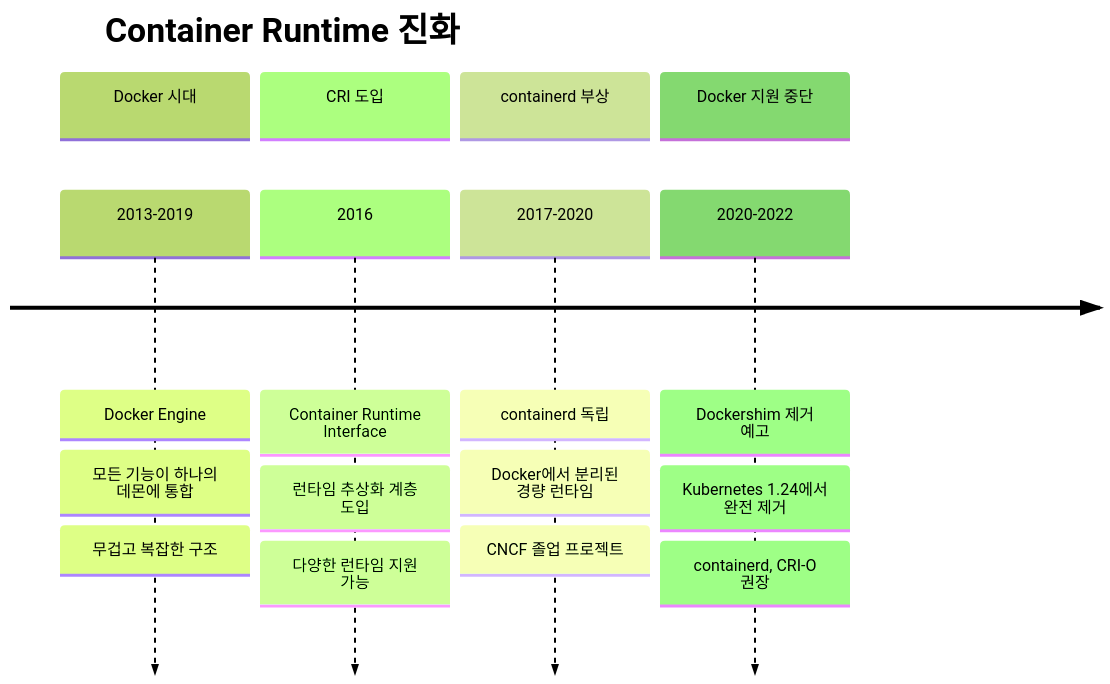
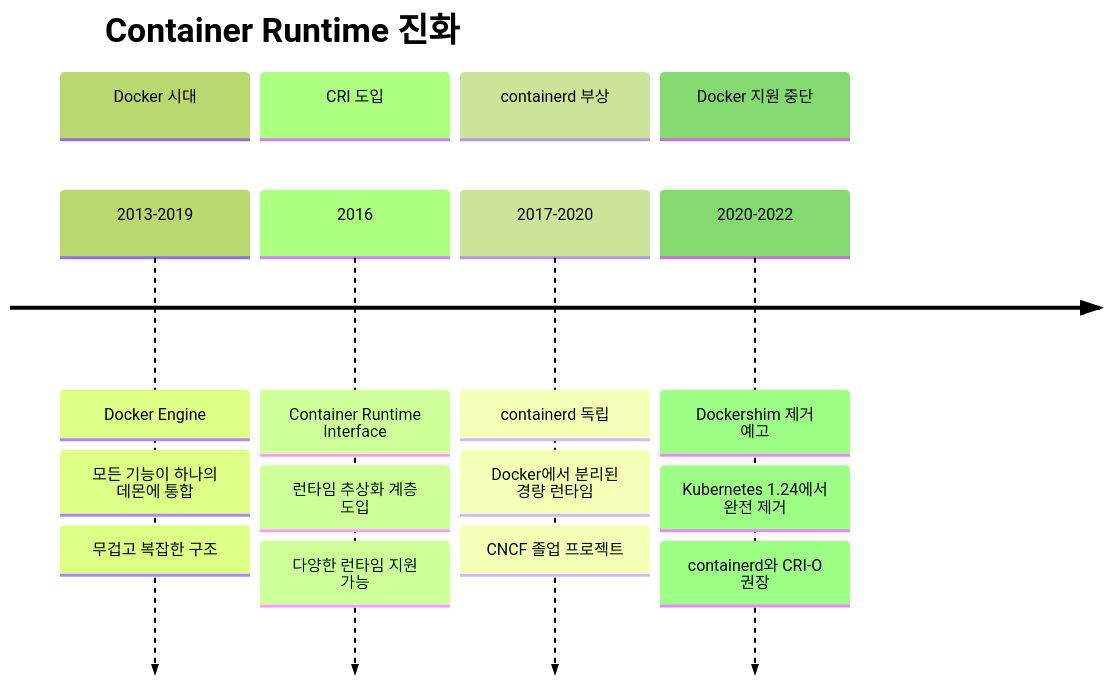
Before and after one commit to niceguy61/kdt_devops_lecture_2025: the third of 3 diagrams in theory/week_03/day1/session_1.md, drawn with Mermaid (forest theme). The commit also changed other lines of this file and 6 other files, not shown here.

````diff
--- a/theory/week_03/day1/session_1.md
+++ b/theory/week_03/day1/session_1.md
@@ -408,24 +408,24 @@
 ```mermaid
 timeline
     title Container Runtime 진화
     
     section Docker 시대
         2013-2019 : Docker Engine
                   : 모든 기능이 하나의 데몬에 통합
                   : 무겁고 복잡한 구조
     
     section CRI 도입
         2016     : Container Runtime Interface
                  : 런타임 추상화 계층 도입
                  : 다양한 런타임 지원 가능
     
     section containerd 부상
         2017-2020 : containerd 독립
                   : Docker에서 분리된 경량 런타임
                   : CNCF 졸업 프로젝트
     
     section Docker 지원 중단
         2020-2022 : Dockershim 제거 예고
                   : Kubernetes 1.24에서 완전 제거
-                  : containerd, CRI-O 권장
+                  : containerd와 CRI-O 권장
 ```
````
